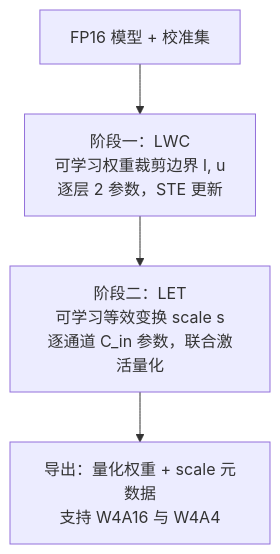
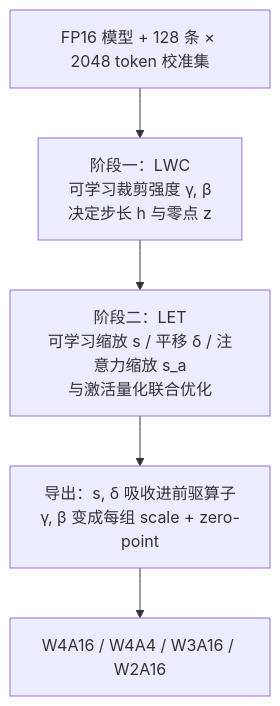
One commit to lrypcy/lrypcy.github.io changed the diagram in _posts/2026-08-24-ptq-03-awq-omniq.md. Above: the diagram before and after it, drawn with Mermaid. The commit also changed other lines of this file and 29 other files, not shown here.

````diff
--- a/_posts/2026-08-24-ptq-03-awq-omniq.md
+++ b/_posts/2026-08-24-ptq-03-awq-omniq.md
@@ -495,6 +502,7 @@
 ```mermaid
 flowchart TD
-    S["FP16 模型 + 校准集"] --> P1["阶段一：LWC<br/>可学习权重裁剪边界 l, u<br/>逐层 2 参数，STE 更新"]
-    P1 --> P2["阶段二：LET<br/>可学习等效变换 scale s<br/>逐通道 C_in 参数，联合激活量化"]
-    P2 --> E["导出：量化权重 + scale 元数据<br/>支持 W4A16 与 W4A4"]
+    S["FP16 模型 + 128 条 × 2048 token 校准集"] --> P1["阶段一：LWC<br/>可学习裁剪强度 γ, β<br/>决定步长 h 与零点 z"]
+    P1 --> P2["阶段二：LET<br/>可学习缩放 s / 平移 δ / 注意力缩放 s_a<br/>与激活量化联合优化"]
+    P2 --> E["导出：s, δ 吸收进前驱算子<br/>γ, β 变成每组 scale + zero-point"]
+    E --> F["W4A16 / W4A4 / W3A16 / W2A16"]
 ```
````
